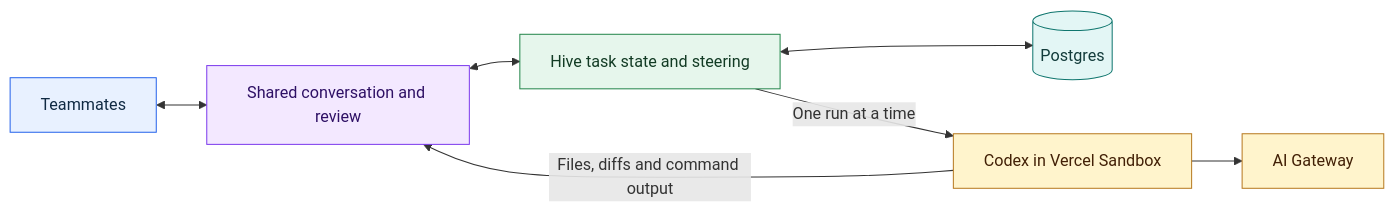
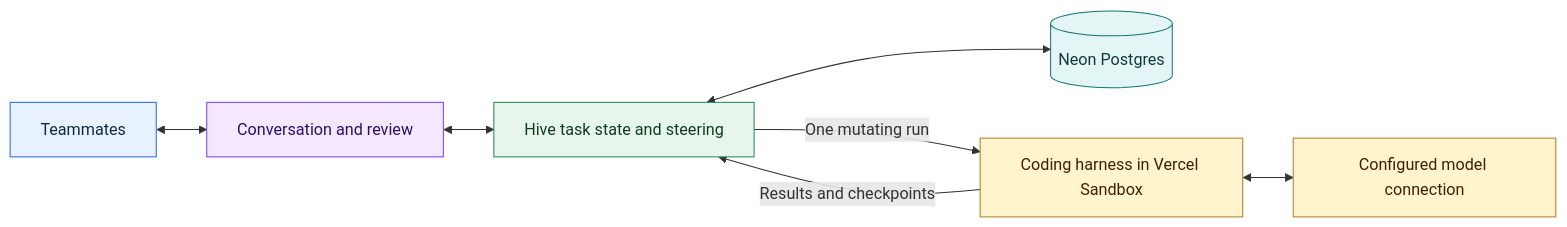
One commit to spinsirr/hive changed the diagram in README.md. Above: the diagram before and after it, drawn with Mermaid. The commit also changed other lines of this file and 37 other files, not shown here.

````diff
--- a/README.md
+++ b/README.md
@@ -39,19 +46,19 @@
 ```mermaid
 flowchart LR
-    People["Teammates"] <--> UI["Shared conversation and review"]
-    UI <--> Task["Hive task state and steering"]
-    Task <--> DB[("Postgres")]
-    Task -->|One run at a time| Runtime["Codex in Vercel Sandbox"]
-    Runtime --> Gateway["AI Gateway"]
-    Runtime -->|Files, diffs and command output| UI
+    People["Teammates"] <--> UI["Conversation and review"]
+    UI <--> Hive["Hive task state and steering"]
+    Hive <--> DB[("Neon Postgres")]
+    Hive -->|One mutating run| Runtime["Coding harness in Vercel Sandbox"]
+    Runtime -->|Results and checkpoints| Hive
+    Runtime <--> Model["Configured model connection"]
     classDef people fill:#e8f1ff,stroke:#2563eb,color:#102a43
     classDef surface fill:#f3e8ff,stroke:#7c3aed,color:#2e1065
     classDef core fill:#e6f6ec,stroke:#24864b,color:#123b24
     classDef data fill:#e3f6f5,stroke:#0f766e,color:#123b3a
     classDef execution fill:#fff4cc,stroke:#b7791f,color:#422006
     class People people
     class UI surface
-    class Task core
+    class Hive core
     class DB data
-    class Runtime,Gateway execution
+    class Runtime,Model execution
 ```
````
